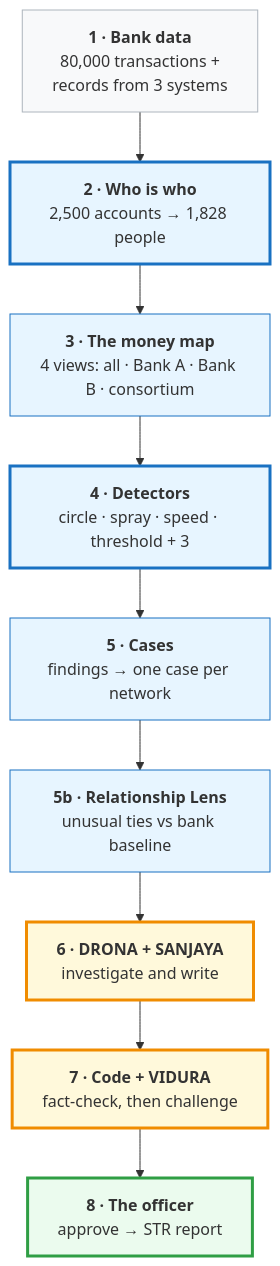
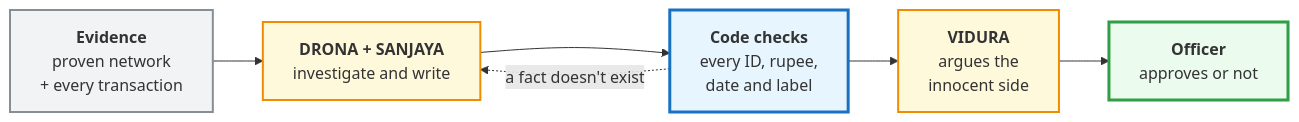
Before and after one commit to akarshncodes/chakravyuh: the fifth of 6 diagrams in README.md, drawn with Mermaid. The commit also changed other lines of this file, not shown here.

````diff
--- a/README.md
+++ b/README.md
@@ -211,24 +244,17 @@
 ```mermaid
-flowchart TD
-    A["<b>1 · Bank data</b><br/>80,000 transactions +<br/>records from 3 systems"]
-    B["<b>2 · Who is who</b><br/>2,500 accounts → 1,828 people"]
-    C["<b>3 · The money map</b><br/>4 views: all · Bank A · Bank B · consortium"]
-    D["<b>4 · Detectors</b><br/>circle · spray · speed · threshold + 3"]
-    E["<b>5 · Cases</b><br/>findings → one case per network"]
-    E2["<b>5b · Relationship Lens</b><br/>unusual ties vs bank baseline"]
-    F["<b>6 · DRONA + SANJAYA</b><br/>investigate and write"]
-    G["<b>7 · Code + VIDURA</b><br/>fact-check, then challenge"]
-    H["<b>8 · The officer</b><br/>approve → STR report"]
+flowchart LR
+    A["<b>Evidence</b><br/>proven network<br/>+ every transaction"]
+    B["<b>DRONA + SANJAYA</b><br/>investigate and write"]
+    C["<b>Code checks</b><br/>every ID, rupee,<br/>date and label"]
+    D["<b>VIDURA</b><br/>argues the<br/>innocent side"]
+    E["<b>Officer</b><br/>approves or not"]
 
-    A --> B --> C --> D --> E --> E2 --> F --> G --> H
+    A --> B --> C --> D --> E
+    C -.->|"a fact doesn't exist"| B
 
-    style A fill:#f8f9fa,stroke:#adb5bd
-    style B fill:#e7f5ff,stroke:#1971c2,stroke-width:3px
-    style C fill:#e7f5ff,stroke:#1971c2
-    style D fill:#e7f5ff,stroke:#1971c2,stroke-width:3px
-    style E fill:#e7f5ff,stroke:#1971c2
-    style E2 fill:#e7f5ff,stroke:#1971c2
-    style F fill:#fff9db,stroke:#f08c00,stroke-width:3px
-    style G fill:#fff9db,stroke:#f08c00,stroke-width:3px
-    style H fill:#ebfbee,stroke:#2f9e44,stroke-width:3px
+    style A fill:#f1f3f5,stroke:#868e96,stroke-width:2px
+    style B fill:#fff9db,stroke:#f08c00,stroke-width:2px
+    style C fill:#e7f5ff,stroke:#1971c2,stroke-width:3px
+    style D fill:#fff9db,stroke:#f08c00,stroke-width:2px
+    style E fill:#ebfbee,stroke:#2f9e44,stroke-width:3px
 ```
````
